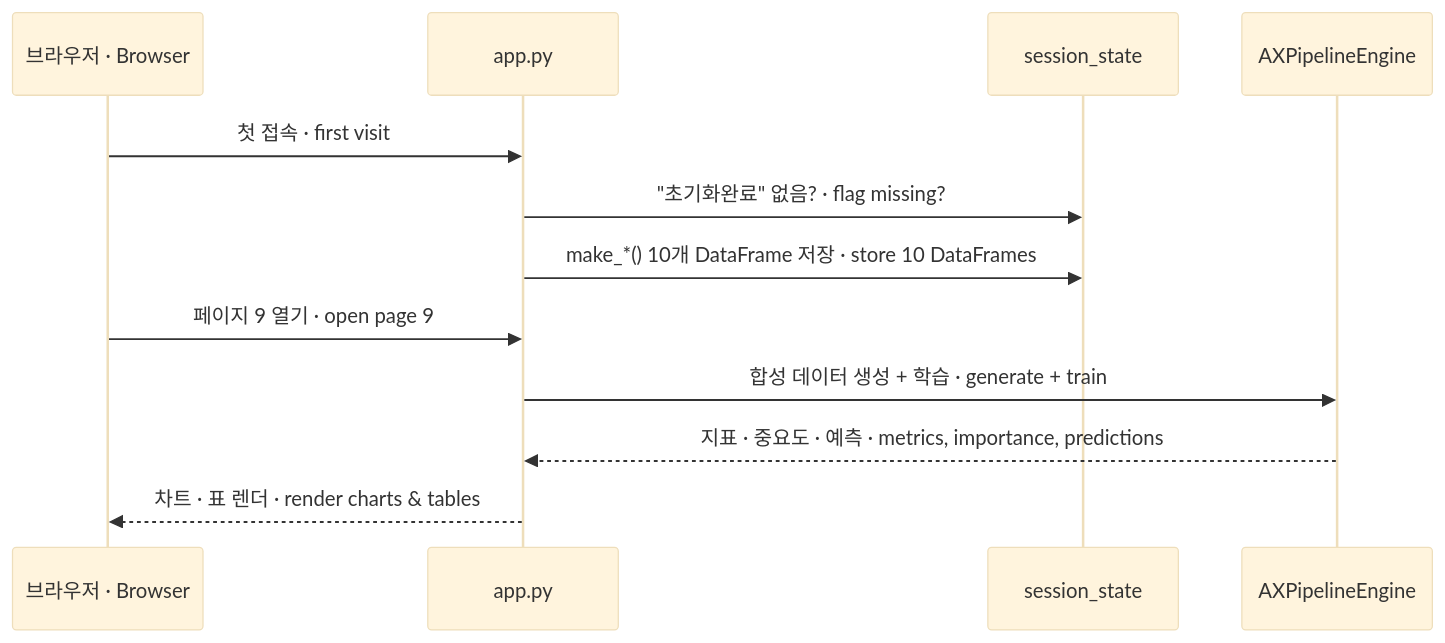
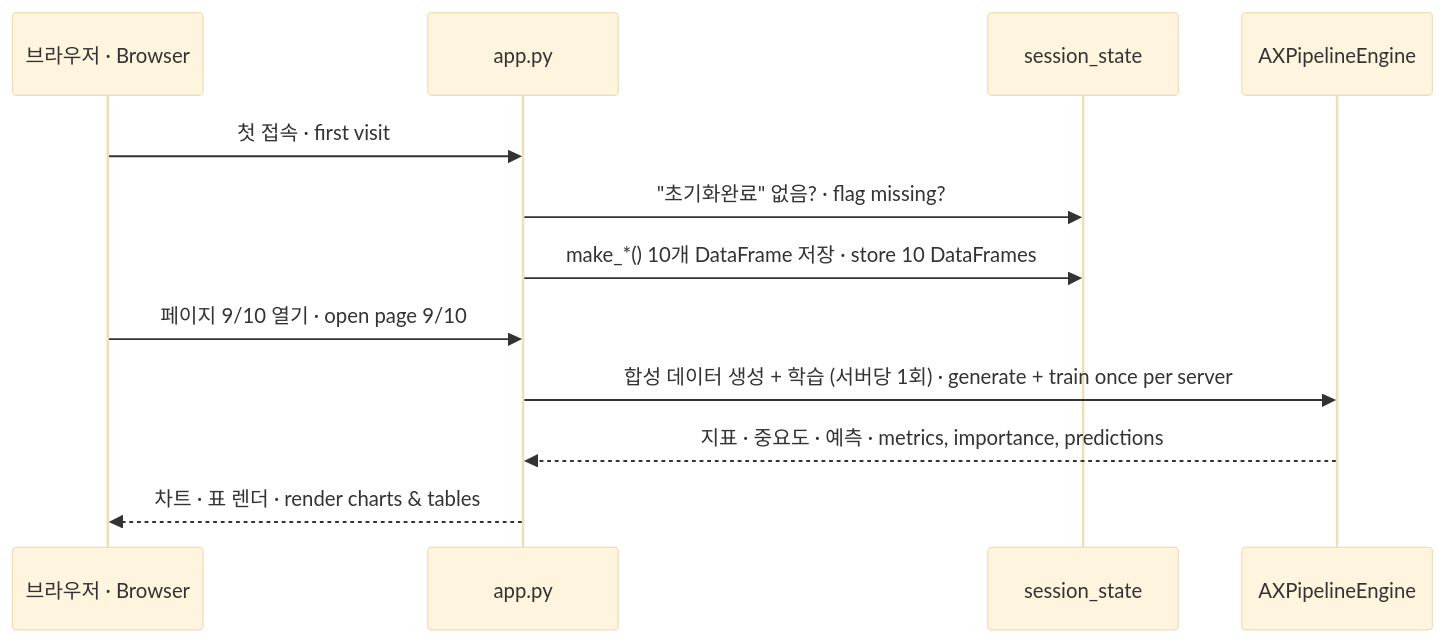
Before and after one commit to limpst/ax-sprint-prototype: the fourth of 12 diagrams in README.md, drawn with Mermaid (base theme). The commit also changed other lines of this file and 6 other files, not shown here.

````diff
--- a/README.md
+++ b/README.md
@@ -215,14 +226,14 @@
 ```mermaid
 sequenceDiagram
     participant B as 브라우저 · Browser
     participant A as app.py
     participant S as session_state
     participant E as AXPipelineEngine
     B->>A: 첫 접속 · first visit
     A->>S: "초기화완료" 없음? · flag missing?
     A->>S: make_*() 10개 DataFrame 저장 · store 10 DataFrames
-    B->>A: 페이지 9 열기 · open page 9
-    A->>E: 합성 데이터 생성 + 학습 · generate + train
+    B->>A: 페이지 9/10 열기 · open page 9/10
+    A->>E: 합성 데이터 생성 + 학습 (서버당 1회) · generate + train once per server
     E-->>A: 지표 · 중요도 · 예측 · metrics, importance, predictions
     A-->>B: 차트 · 표 렌더 · render charts & tables
 ```
````
